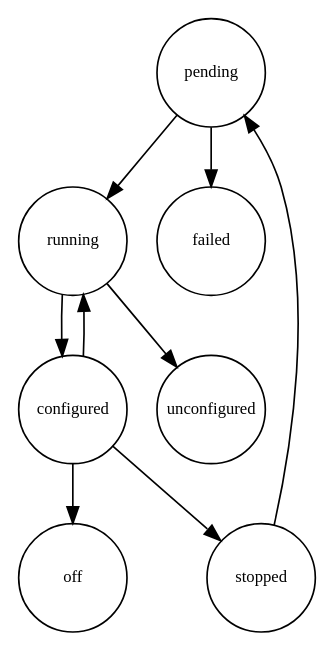
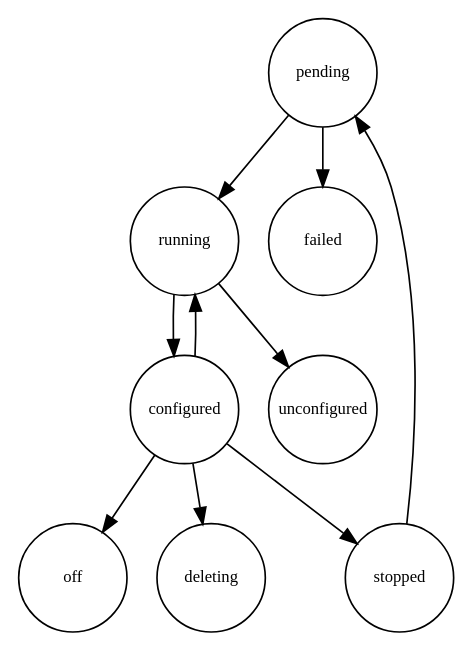
Before and after one commit to grycap/im: the diagram in doc/source/xmlrpc.rst, drawn with Graphviz. The commit also changed other lines of this file and 5 other files, not shown here.

```diff
--- a/doc/source/xmlrpc.rst
+++ b/doc/source/xmlrpc.rst
@@ -114,10 +34,11 @@
    .. digraph:: stategraph
    
       layout=dot;
       node [shape=circle, fontsize=10, fixedsize=true, height=.9, weight=.9];
       "pending" -> "running" -> "configured" -> "off" ;
       "pending" -> "failed";
       "running" -> "unconfigured";
       "configured" -> "stopped";
       "configured" -> "running";
       "stopped" -> "pending";
+      "configured" -> "deleting";
```
